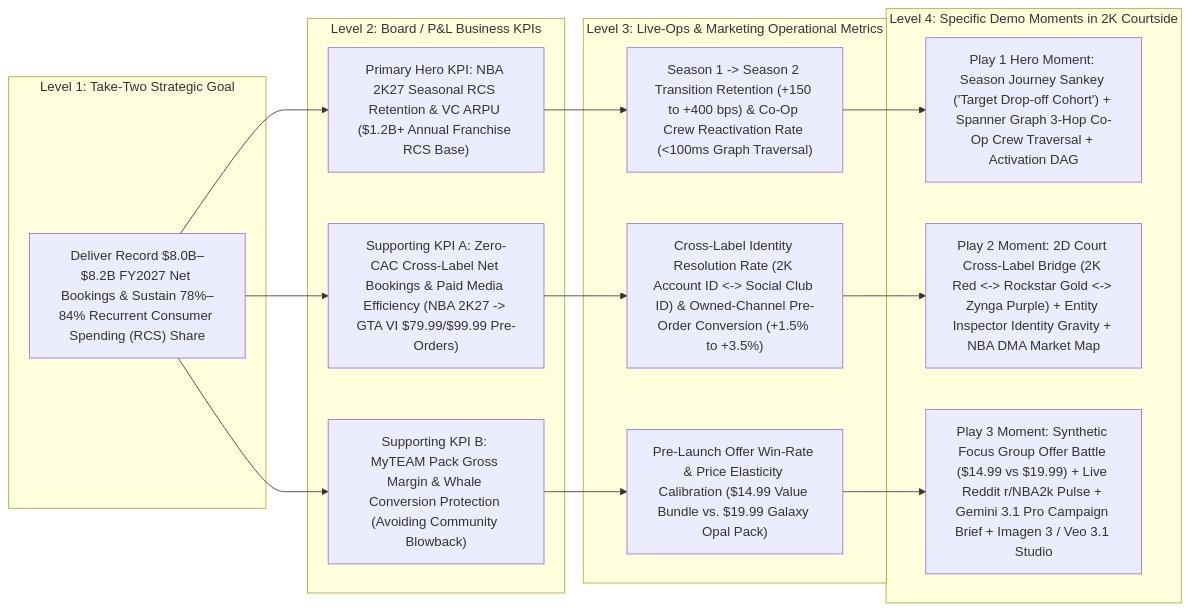
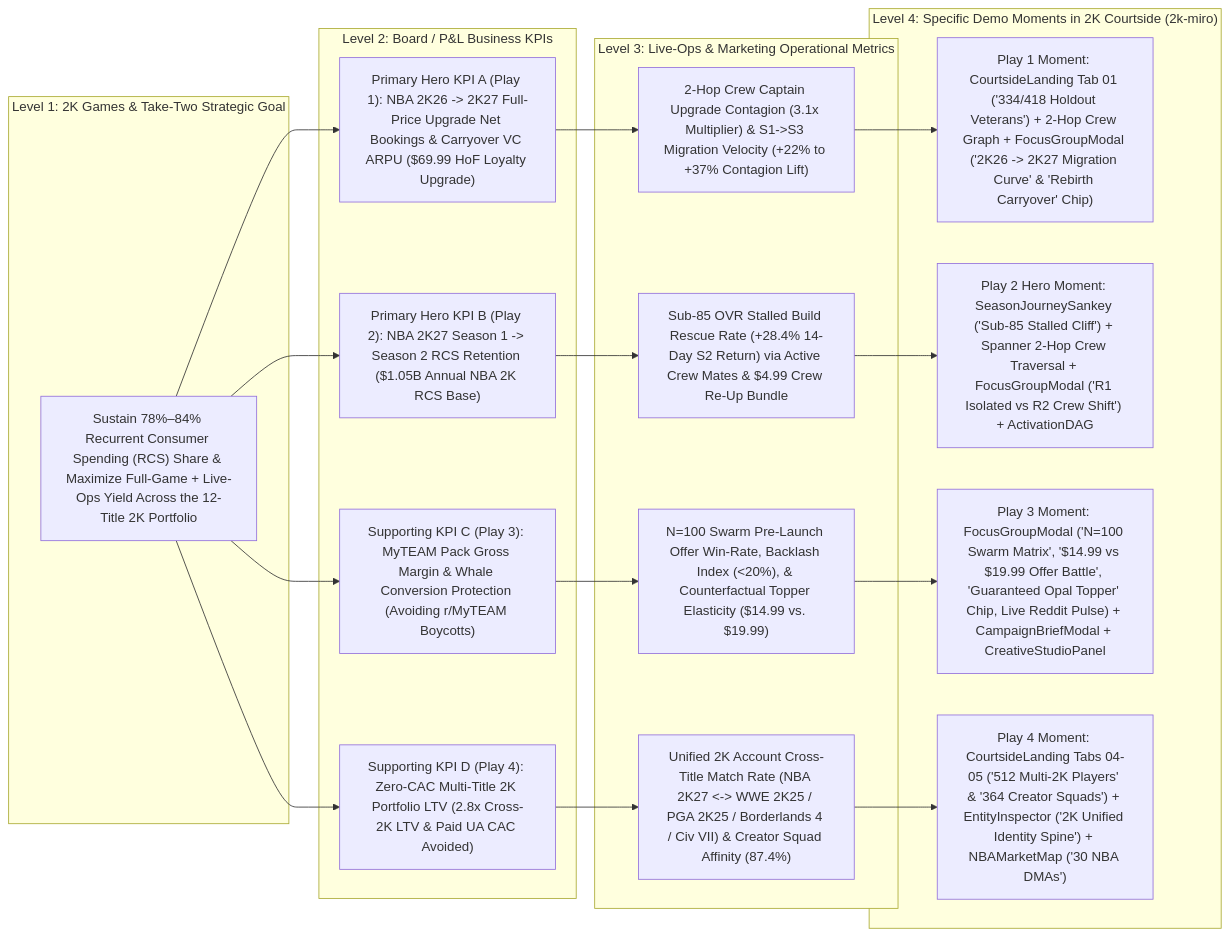
Before and after one commit to jlpourt/ea-audiences: the diagram in .showroom/prd_handoff.md, drawn with Mermaid. The commit also changed other lines of this file and 89 other files, not shown here.

Commit message:
chore(2k-miro): complete /showroom:audit remediation, zero-fallback hardening, and anti-slop polish

````diff
--- a/.showroom/prd_handoff.md
+++ b/.showroom/prd_handoff.md
@@ -78,36 +75,42 @@
 ```mermaid
 flowchart LR
-    subgraph L1["Level 1: Take-Two Strategic Goal"]
-        G1["Deliver Record $8.0B–$8.2B FY2027 Net Bookings & Sustain 78%–84% Recurrent Consumer Spending (RCS) Share"]
+    subgraph L1["Level 1: 2K Games & Take-Two Strategic Goal"]
+        G1["Sustain 78%–84% Recurrent Consumer Spending (RCS) Share & Maximize Full-Game + Live-Ops Yield Across the 12-Title 2K Portfolio"]
     end
 
     subgraph L2["Level 2: Board / P&L Business KPIs"]
-        K1["Primary Hero KPI: NBA 2K27 Seasonal RCS Retention & VC ARPU ($1.2B+ Annual Franchise RCS Base)"]
-        K2["Supporting KPI A: Zero-CAC Cross-Label Net Bookings & Paid Media Efficiency (NBA 2K27 -> GTA VI $79.99/$99.99 Pre-Orders)"]
-        K3["Supporting KPI B: MyTEAM Pack Gross Margin & Whale Conversion Protection (Avoiding Community Blowback)"]
+        K1["Primary Hero KPI A (Play 1): NBA 2K26 -> 2K27 Full-Price Upgrade Net Bookings & Carryover VC ARPU ($69.99 HoF Loyalty Upgrade)"]
+        K2["Primary Hero KPI B (Play 2): NBA 2K27 Season 1 -> Season 2 RCS Retention ($1.05B Annual NBA 2K RCS Base)"]
+        K3["Supporting KPI C (Play 3): MyTEAM Pack Gross Margin & Whale Conversion Protection (Avoiding r/MyTEAM Boycotts)"]
+        K4["Supporting KPI D (Play 4): Zero-CAC Multi-Title 2K Portfolio LTV (2.8x Cross-2K LTV & Paid UA CAC Avoided)"]
     end
 
     subgraph L3["Level 3: Live-Ops & Marketing Operational Metrics"]
-        O1["Season 1 -> Season 2 Transition Retention (+150 to +400 bps) & Co-Op Crew Reactivation Rate (<100ms Graph Traversal)"]
-        O2["Cross-Label Identity Resolution Rate (2K Account ID <-> Social Club ID) & Owned-Channel Pre-Order Conversion (+1.5% to +3.5%)"]
-        O3["Pre-Launch Offer Win-Rate & Price Elasticity Calibration ($14.99 Value Bundle vs. $19.99 Galaxy Opal Pack)"]
+        O1["2-Hop Crew Captain Upgrade Contagion (3.1x Multiplier) & S1->S3 Migration Velocity (+22% to +37% Contagion Lift)"]
+        O2["Sub-85 OVR Stalled Build Rescue Rate (+28.4% 14-Day S2 Return) via Active Crew Mates & $4.99 Crew Re-Up Bundle"]
+        O3["N=100 Swarm Pre-Launch Offer Win-Rate, Backlash Index (<20%), & Counterfactual Topper Elasticity ($14.99 vs. $19.99)"]
+        O4["Unified 2K Account Cross-Title Match Rate (NBA 2K27 <-> WWE 2K25 / PGA 2K25 / Borderlands 4 / Civ VII) & Creator Squad Affinity (87.4%)"]
     end
 
-    subgraph L4["Level 4: Specific Demo Moments in 2K Courtside"]
-        M1["Play 1 Hero Moment: Season Journey Sankey ('Target Drop-off Cohort') + Spanner Graph 3-Hop Co-Op Crew Traversal + Activation DAG"]
-        M2["Play 2 Moment: 2D Court Cross-Label Bridge (2K Red <-> Rockstar Gold <-> Zynga Purple) + Entity Inspector Identity Gravity + NBA DMA Market Map"]
-        M3["Play 3 Moment: Synthetic Focus Group Offer Battle ($14.99 vs $19.99) + Live Reddit r/NBA2k Pulse + Gemini 3.1 Pro Campaign Brief + Imagen 3 / Veo 3.1 Studio"]
+    subgraph L4["Level 4: Specific Demo Moments in 2K Courtside (2k-miro)"]
+        M1["Play 1 Moment: CourtsideLanding Tab 01 ('334/418 Holdout Veterans') + 2-Hop Crew Graph + FocusGroupModal ('2K26 -> 2K27 Migration Curve' & 'Rebirth Carryover' Chip)"]
+        M2["Play 2 Hero Moment: SeasonJourneySankey ('Sub-85 Stalled Cliff') + Spanner 2-Hop Crew Traversal + FocusGroupModal ('R1 Isolated vs R2 Crew Shift') + ActivationDAG"]
+        M3["Play 3 Moment: FocusGroupModal ('N=100 Swarm Matrix', '$14.99 vs $19.99 Offer Battle', 'Guaranteed Opal Topper' Chip, Live Reddit Pulse) + CampaignBriefModal + CreativeStudioPanel"]
+        M4["Play 4 Moment: CourtsideLanding Tabs 04-05 ('512 Multi-2K Players' & '364 Creator Squads') + EntityInspector ('2K Unified Identity Spine') + NBAMarketMap ('30 NBA DMAs')"]
     end
 
     G1 --> K1
     G1 --> K2
     G1 --> K3
+    G1 --> K4
 
     K1 --> O1
     K2 --> O2
     K3 --> O3
+    K4 --> O4
 
     O1 --> M1
     O2 --> M2
     O3 --> M3
+    O4 --> M4
 ```
````
